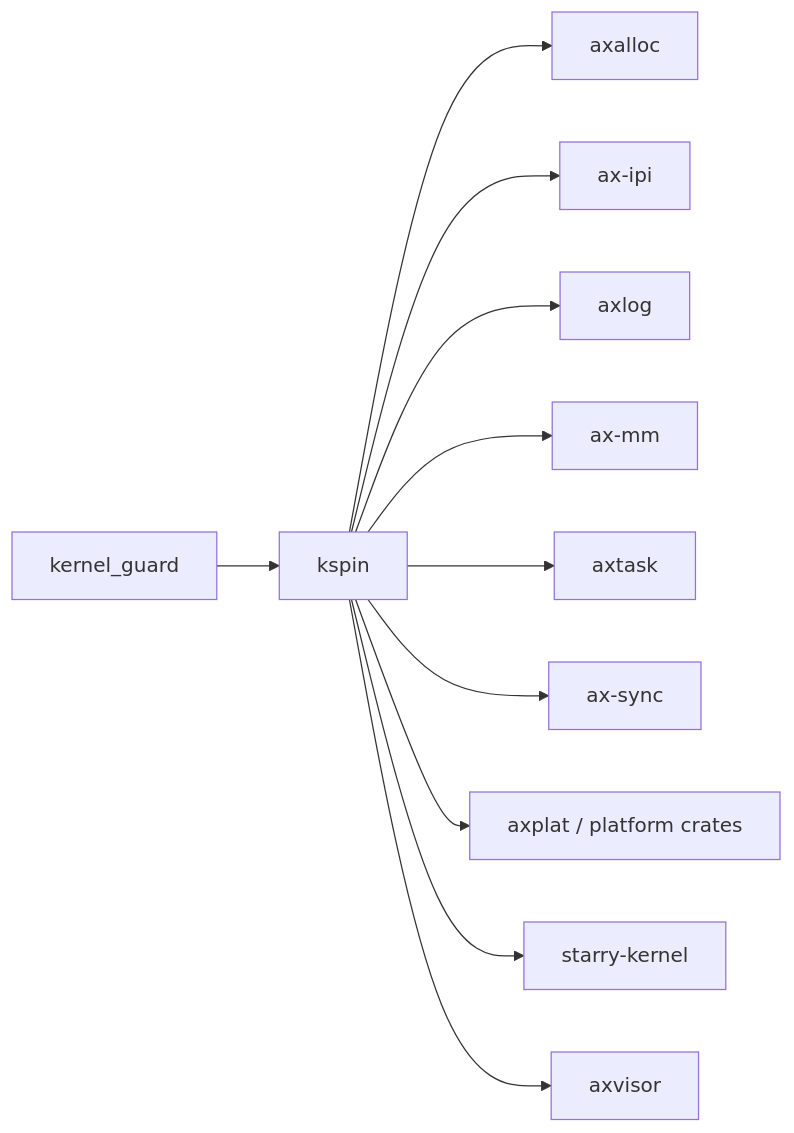
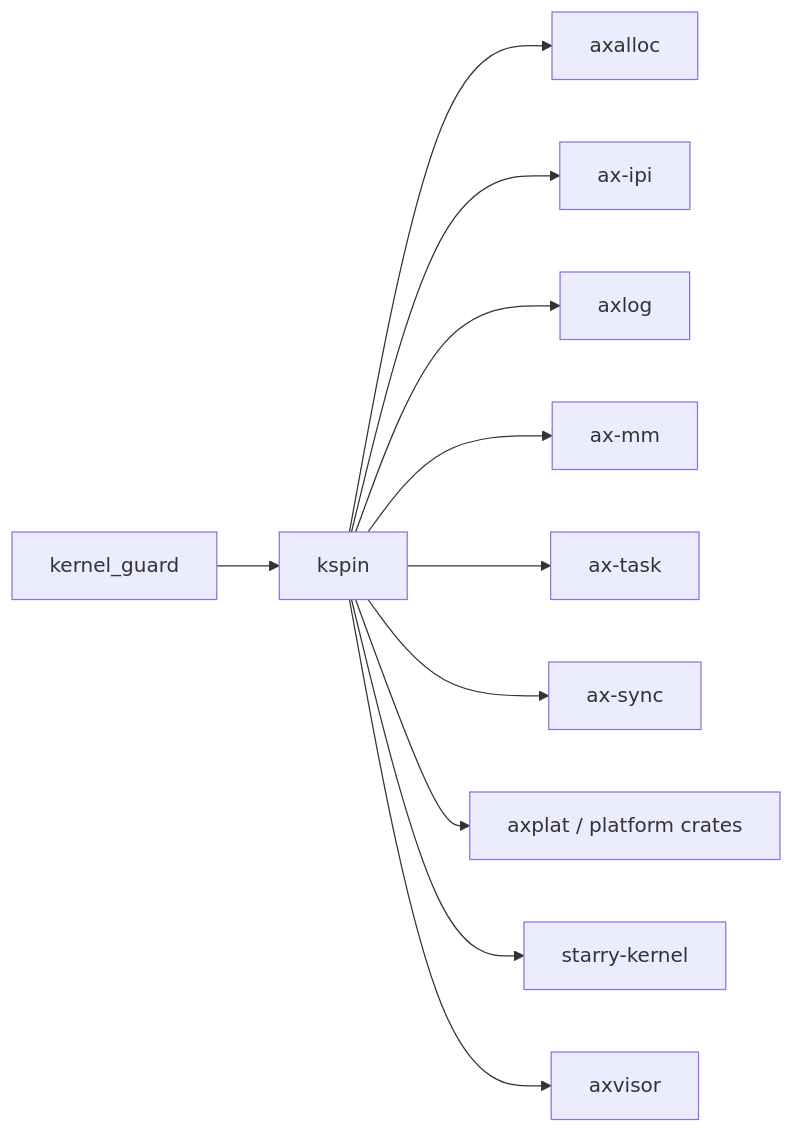
Before and after one commit to zKurisu/tgoskits: the diagram in docs/crates/kspin.md, drawn with Mermaid. The commit also changed other lines of this file and 133 other files, not shown here.

Commit message:
rename axtask to ax-task

````diff
--- a/docs/crates/kspin.md
+++ b/docs/crates/kspin.md
@@ -61,14 +61,14 @@
 ```mermaid
 graph LR
     kernel_guard["kernel_guard"] --> kspin["kspin"]
 
     kspin --> axalloc["axalloc"]
     kspin --> ax-ipi["ax-ipi"]
     kspin --> axlog["axlog"]
     kspin --> ax-mm["ax-mm"]
-    kspin --> axtask["axtask"]
+    kspin --> ax-task["ax-task"]
     kspin --> ax-sync["ax-sync"]
     kspin --> axplat["axplat / platform crates"]
     kspin --> starry["starry-kernel"]
     kspin --> axvisor["axvisor"]
 ```
````
